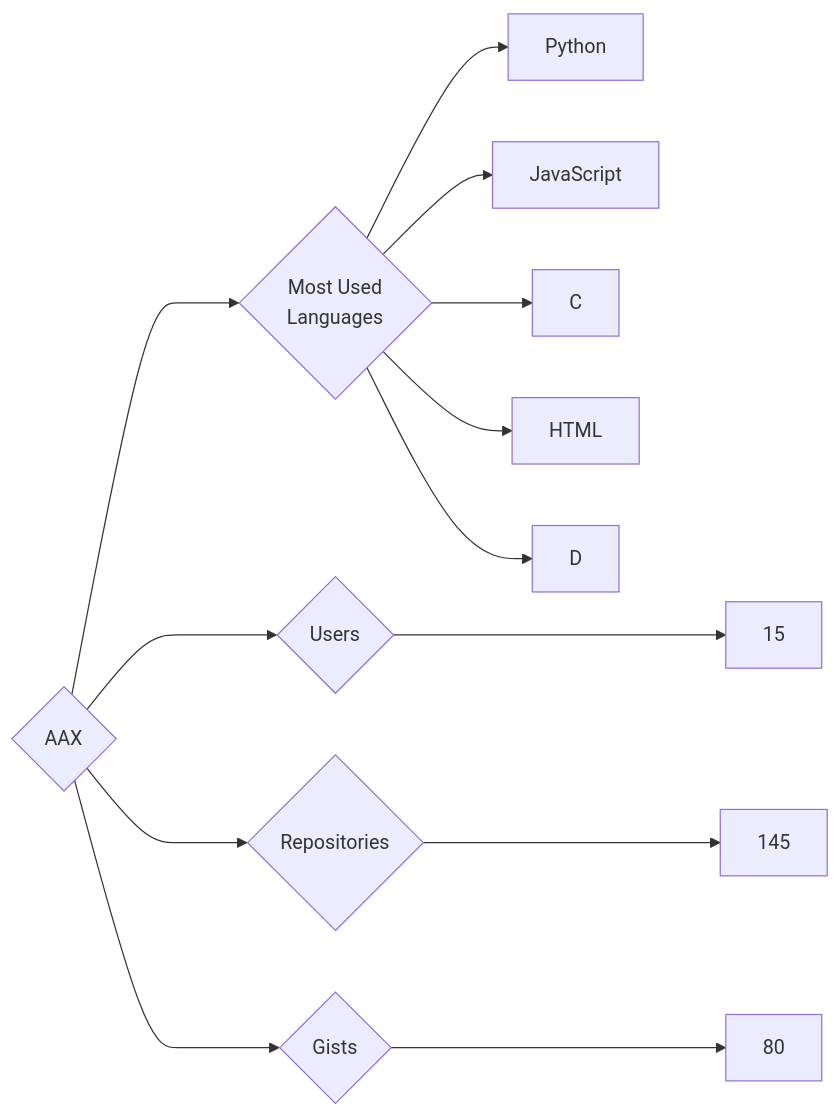
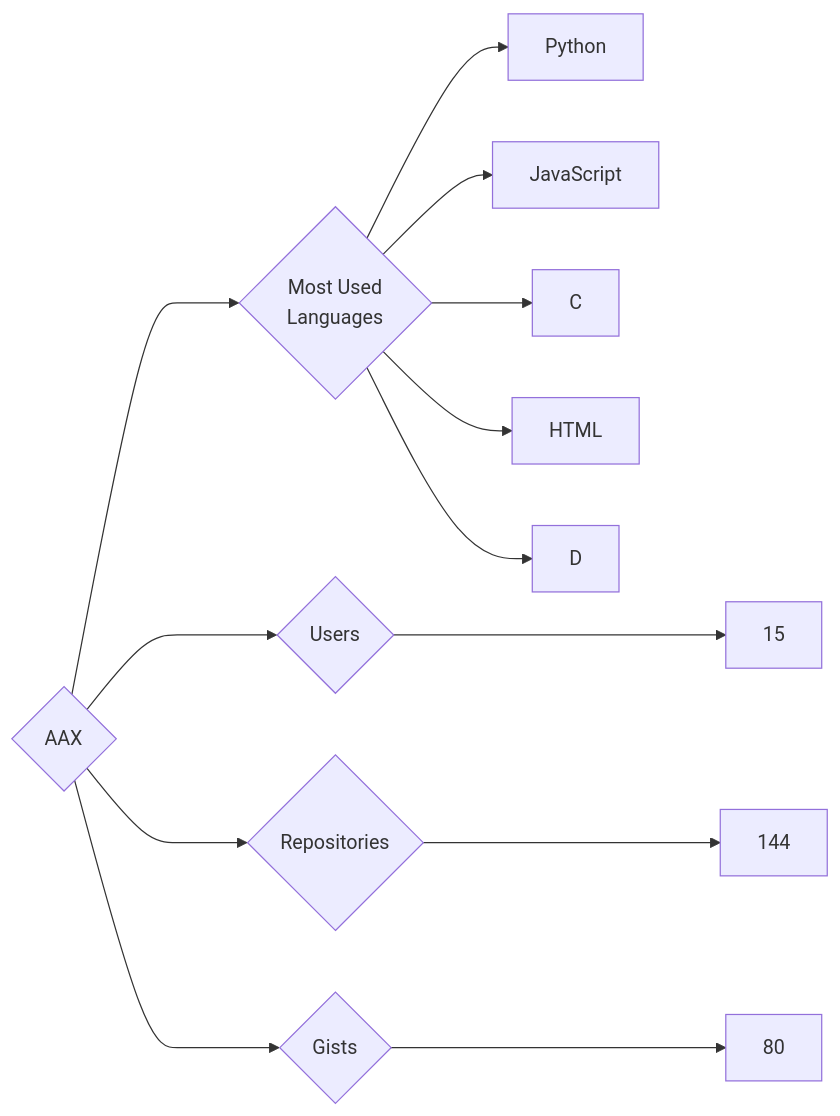
One commit to nenadzaric/insiders changed the diagram in targets/AAX/README.md. Above: the diagram before and after it, drawn with Mermaid. The commit also changed 28 other files, not shown here.

````diff
--- a/targets/AAX/README.md
+++ b/targets/AAX/README.md
@@ -3,13 +3,13 @@
 ```mermaid
 graph LR
 COMPANY_NAME{AAX}
 COMPANY_NAME ---> U{Users} ---> UN[15]
-COMPANY_NAME ---> R{Repositories} ---> RN[145]
+COMPANY_NAME ---> R{Repositories} ---> RN[144]
 COMPANY_NAME ---> G{Gists} ---> GN[80]
 COMPANY_NAME ---> ML{Most Used<br>Languages}
 ML --> Python[Python]
 ML --> JavaScript[JavaScript]
 ML --> C[C]
 ML --> HTML[HTML]
 ML --> D[D]
 ```
````
